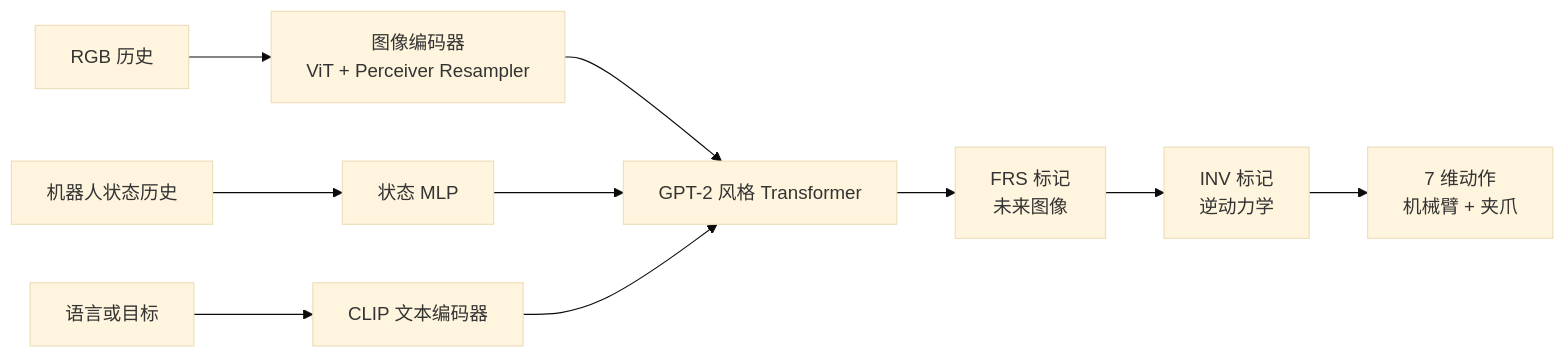
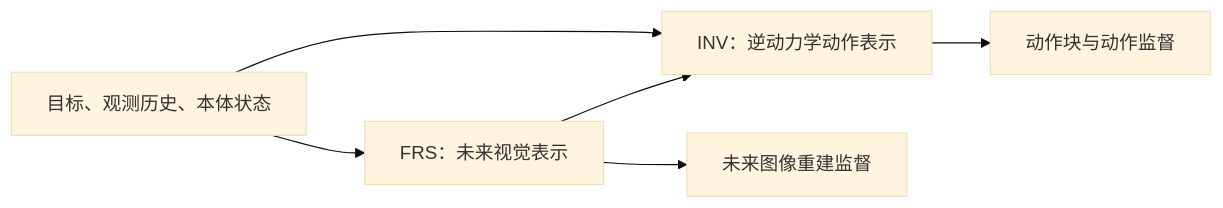
The diagram in wiki/sources/predictive-inverse-dynamics-models-are-scalable-learners-for-robotic-manipulation.md (niuverse/llm-wiki), drawn with Mermaid (base theme) before and after one commit. The commit also changed other lines of this file and 317 other files, not shown here.

````diff
--- a/wiki/sources/predictive-inverse-dynamics-models-are-scalable-learners-for-robotic-manipulation.md
+++ b/wiki/sources/predictive-inverse-dynamics-models-are-scalable-learners-for-robotic-manipulation.md
@@ -48,12 +56,8 @@
 ```mermaid
 flowchart LR
-  O["RGB 历史"] --> E["图像编码器<br/>ViT + Perceiver Resampler"]
-  S["机器人状态历史"] --> M["状态 MLP"]
-  L["语言或目标"] --> T["CLIP 文本编码器"]
-  E --> B["GPT-2 风格 Transformer"]
-  M --> B
-  T --> B
-  B --> F["FRS 标记<br/>未来图像"]
-  F --> I["INV 标记<br/>逆动力学"]
-  I --> A["7 维动作<br/>机械臂 + 夹爪"]
+  C["目标、观测历史、本体状态"] --> F["FRS：未来视觉表示"]
+  C --> I["INV：逆动力学动作表示"]
+  F --> I
+  F --> V["未来图像重建监督"]
+  I --> A["动作块与动作监督"]
 ```
````
